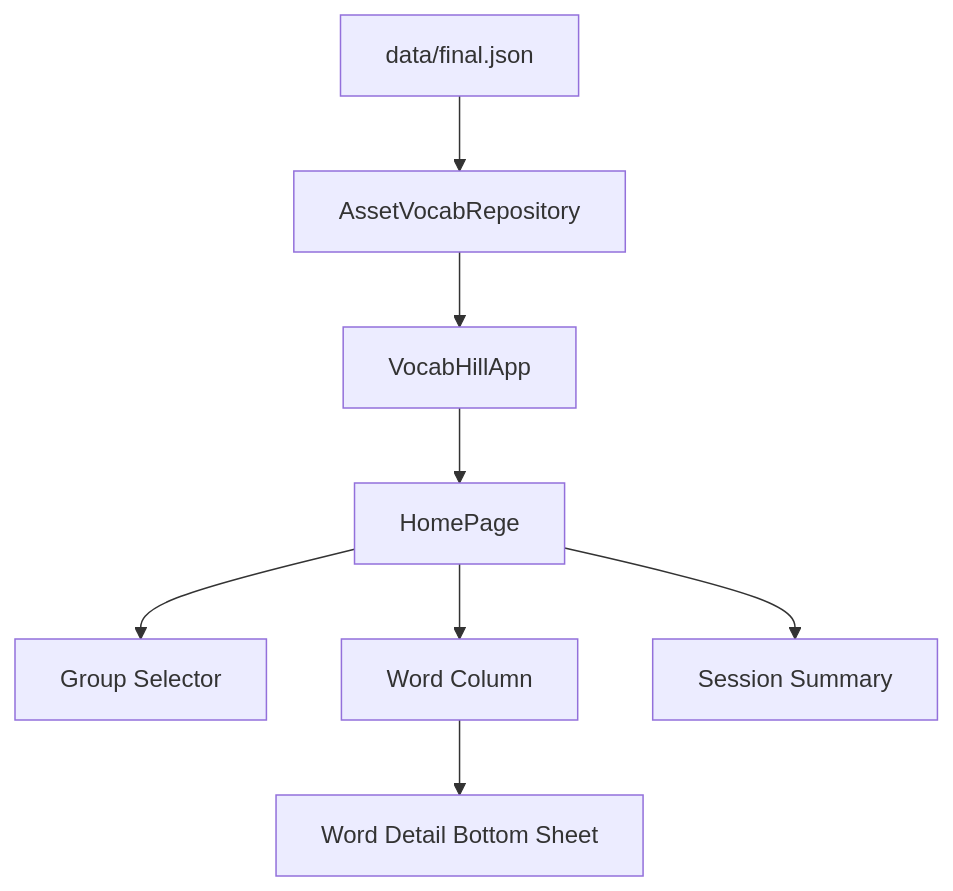
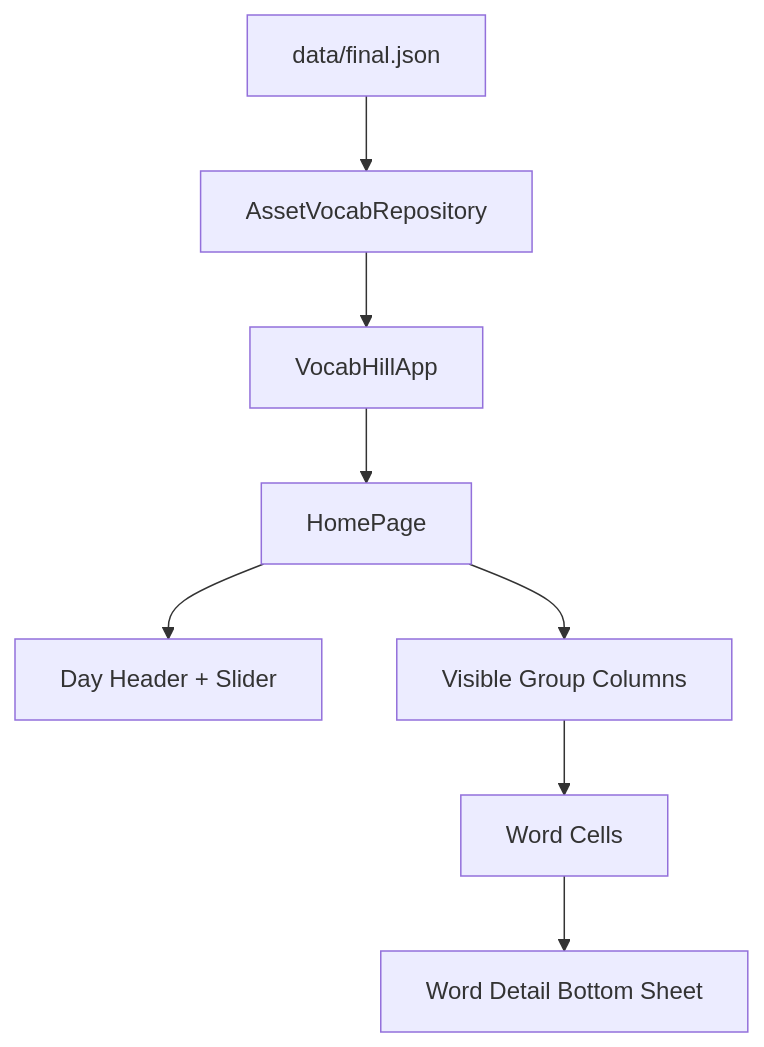
Before and after one commit to desertSniper87/vocab-hill: the diagram in docs/2-architecture/README.md, drawn with Mermaid. The commit also changed other lines of this file and 5 other files, not shown here.

````diff
--- a/docs/2-architecture/README.md
+++ b/docs/2-architecture/README.md
@@ -11,10 +11,10 @@
 ```mermaid
 flowchart TD
     A["data/final.json"] --> B["AssetVocabRepository"]
     B --> C["VocabHillApp"]
     C --> D["HomePage"]
-    D --> E["Group Selector"]
-    D --> F["Word Column"]
-    D --> G["Session Summary"]
-    F --> H["Word Detail Bottom Sheet"]
+    D --> E["Day Header + Slider"]
+    D --> F["Visible Group Columns"]
+    F --> G["Word Cells"]
+    G --> H["Word Detail Bottom Sheet"]
 ```
````
